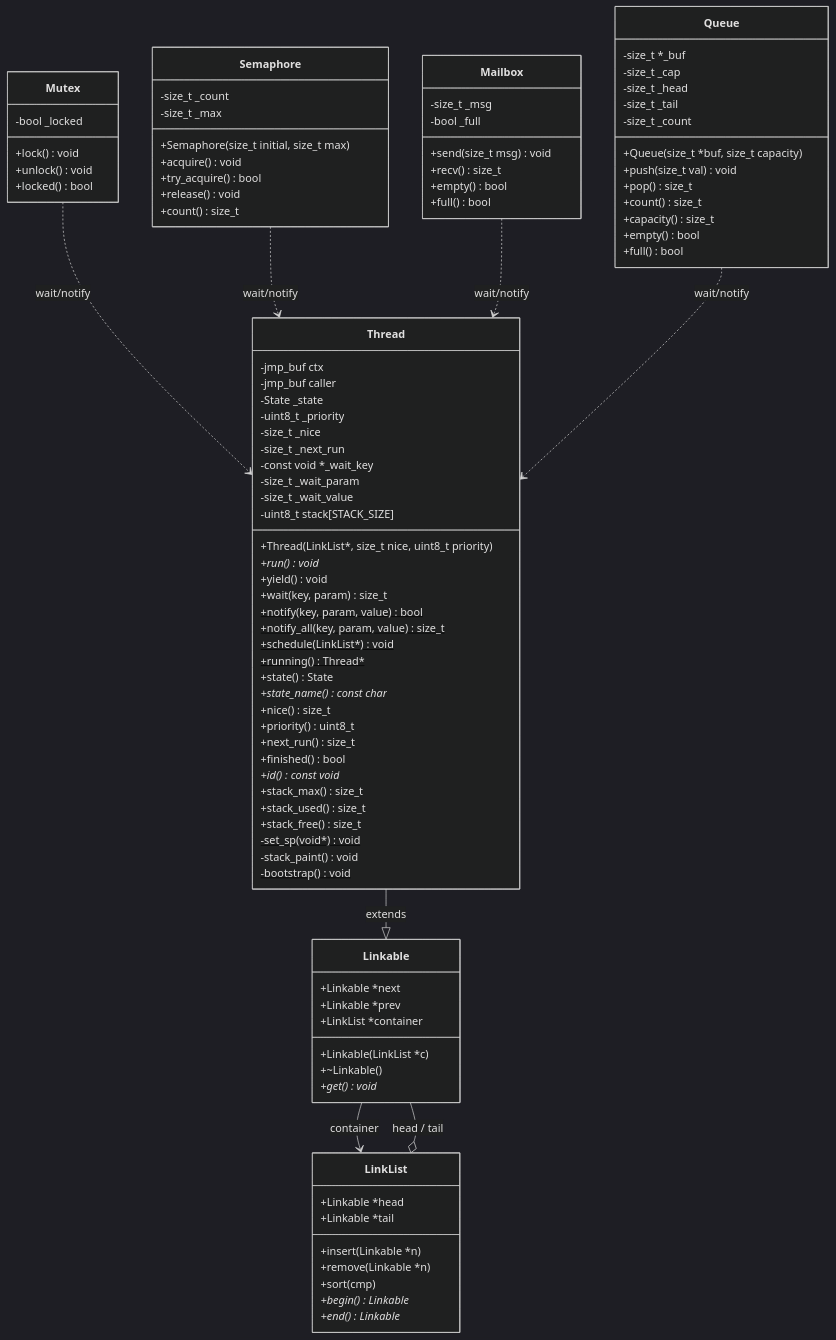
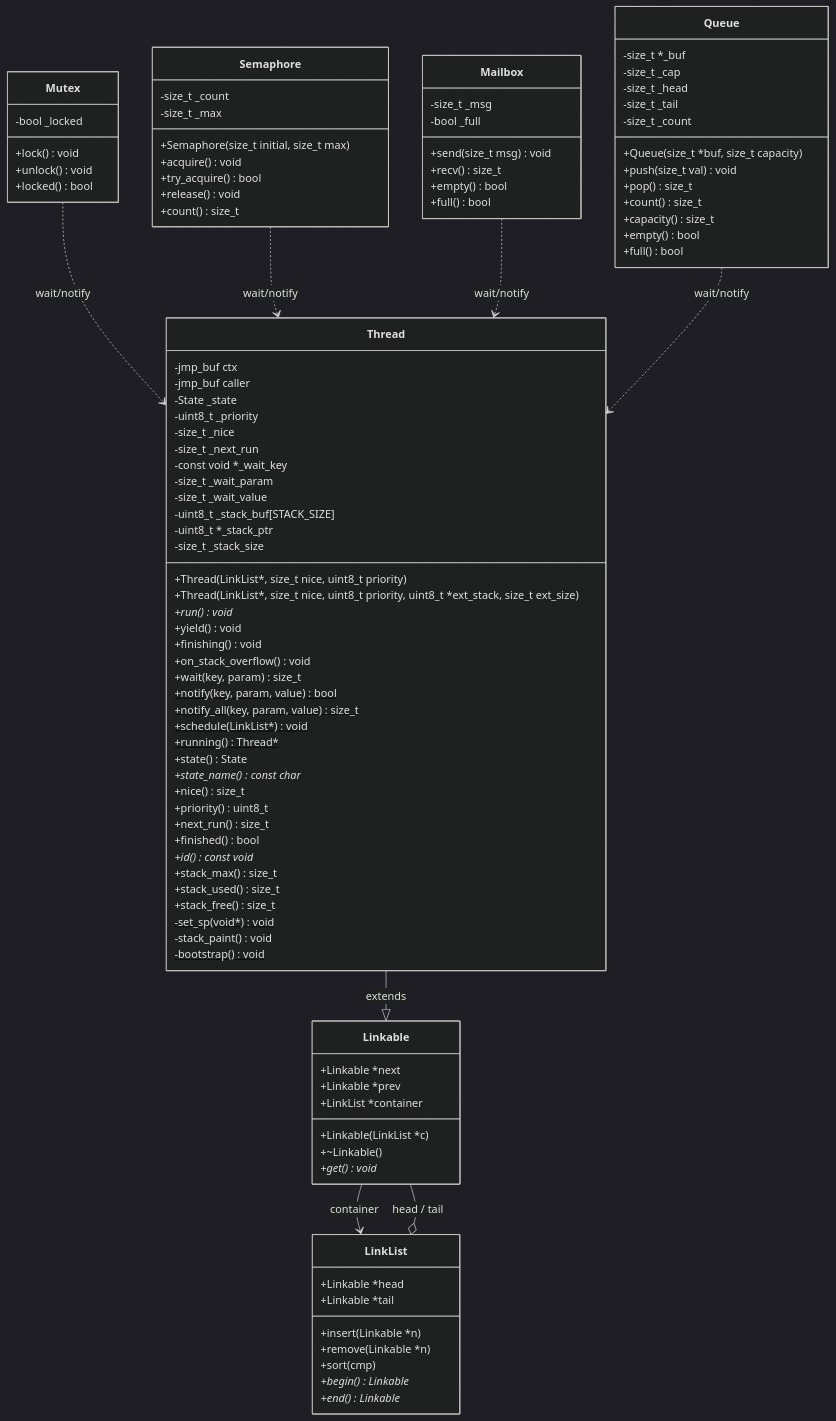
One commit to solariun/paralax changed the first of 5 diagrams in diagram.md. Above: the diagram before and after it, drawn with Mermaid (dark theme). The commit also changed other lines of this file and 5 other files, not shown here.

First line of the commit message:
External heap stacks, finishing/overflow callbacks, wait/notify docs

```diff
--- a/diagram.md
+++ b/diagram.md
@@ -38,10 +38,15 @@
         -const void *_wait_key
         -size_t _wait_param
         -size_t _wait_value
-        -uint8_t stack[STACK_SIZE]
+        -uint8_t _stack_buf[STACK_SIZE]
+        -uint8_t *_stack_ptr
+        -size_t _stack_size
         +Thread(LinkList*, size_t nice, uint8_t priority)
+        +Thread(LinkList*, size_t nice, uint8_t priority, uint8_t *ext_stack, size_t ext_size)
         +run()* void
         +yield() void
+        +finishing() void
+        +on_stack_overflow() void
         +wait(key, param) size_t
         +notify(key, param, value)$ bool
         +notify_all(key, param, value)$ size_t
```
